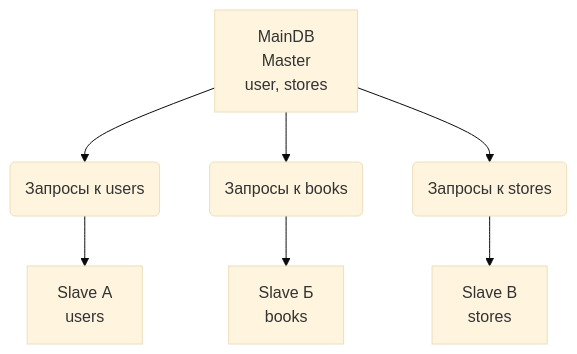
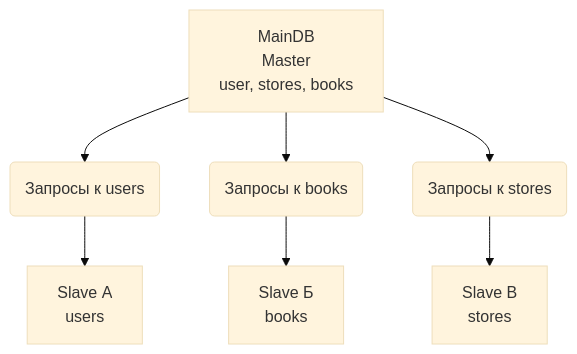
The second of 2 diagrams in README.md (nikitarostorguev8837-alt/sdb-hw-12-07), drawn with Mermaid (base theme) before and after one commit.

````diff
--- a/README.md
+++ b/README.md
@@ -39,11 +39,11 @@
 ```mermaid
 graph TD
-MainDB[MainDB<br>Master<br>user, stores] --> Users(Запросы к users)
+MainDB[MainDB<br>Master<br>user, stores, books] --> Users(Запросы к users)
 MainDB --> Books(Запросы к books)
 MainDB --> Stores(Запросы к stores)
 
 Users --> Slave1[Slave А<br>users]
 Books --> Slave2[Slave Б<br>books]
 Stores --> Slave3[Slave В<br>stores]
 
 ```
````
